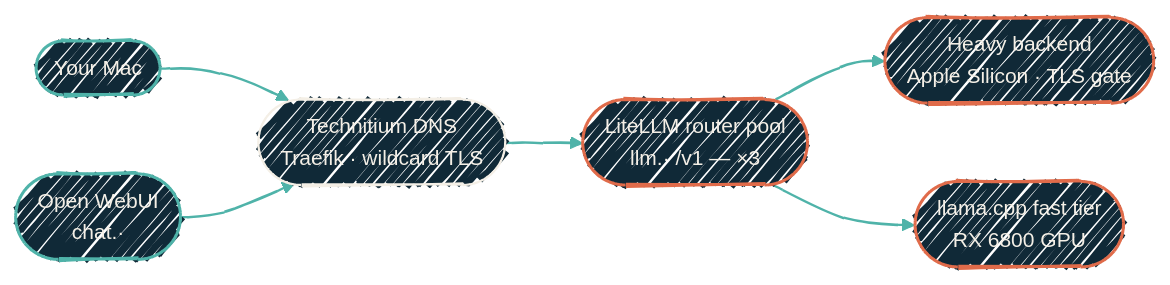
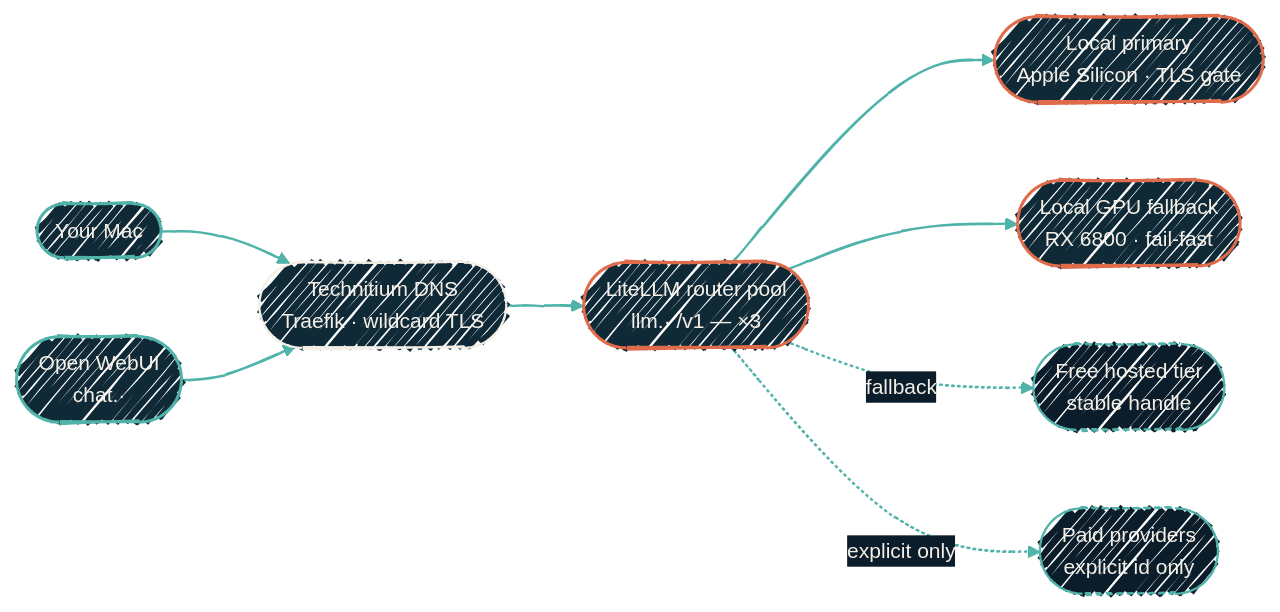
One commit to JacobPEvans/docs changed the diagram in local-llm/homelab-gpu.mdx. Above: the diagram before and after it, drawn with Mermaid. The commit also changed other lines of this file and 2 other files, not shown here.

First line of the commit message:
docs(routing): describe the free hosted tier and cost-as-data routing

````diff
--- a/local-llm/homelab-gpu.mdx
+++ b/local-llm/homelab-gpu.mdx
@@ -40,26 +53,32 @@
 ```mermaid
 %%{init: {'theme':'base','look':'handDrawn','themeVariables':{'fontFamily':'Geist','fontSize':'14px','primaryColor':'#102937','primaryTextColor':'#F4EFE6','primaryBorderColor':'#4FB3A9','lineColor':'#4FB3A9','secondaryColor':'#0B1D2A','tertiaryColor':'#1A2A38','clusterBkg':'rgba(79,179,169,0.08)','clusterBorder':'#4FB3A9'}}}%%
 flowchart LR
   Mac([Your Mac])
   Chat([Open WebUI<br/>chat.·])
   Edge([Technitium DNS<br/>Traefik · wildcard TLS])
   Pool([LiteLLM router pool<br/>llm.· /v1 — ×3])
-  Large([Heavy backend<br/>Apple Silicon · TLS gate])
-  Fast([llama.cpp fast tier<br/>RX 6800 GPU])
+  Large([Local primary<br/>Apple Silicon · TLS gate])
+  Fast([Local GPU fallback<br/>RX 6800 · fail-fast])
+  Free([Free hosted tier<br/>stable handle])
+  Paid([Paid providers<br/>explicit id only])
 
   Mac --> Edge
   Chat --> Edge
   Edge --> Pool
   Pool --> Large
   Pool --> Fast
+  Pool -.fallback.-> Free
+  Pool -.explicit only.-> Paid
 
   classDef host fill:#102937,stroke:#4FB3A9,stroke-width:2px,color:#F4EFE6;
   classDef edge fill:#102937,stroke:#F4EFE6,stroke-width:1.5px,color:#F4EFE6;
   classDef ai   fill:#102937,stroke:#E06B4A,stroke-width:2px,color:#F4EFE6;
+  classDef cloud fill:#0B1D2A,stroke:#4FB3A9,stroke-width:1.5px,color:#F4EFE6,stroke-dasharray: 4 3;
 
   class Mac,Chat host
   class Edge edge
   class Pool,Large,Fast ai
+  class Free,Paid cloud
 
   linkStyle default stroke:#4FB3A9,stroke-width:1.5px;
 ```
````
